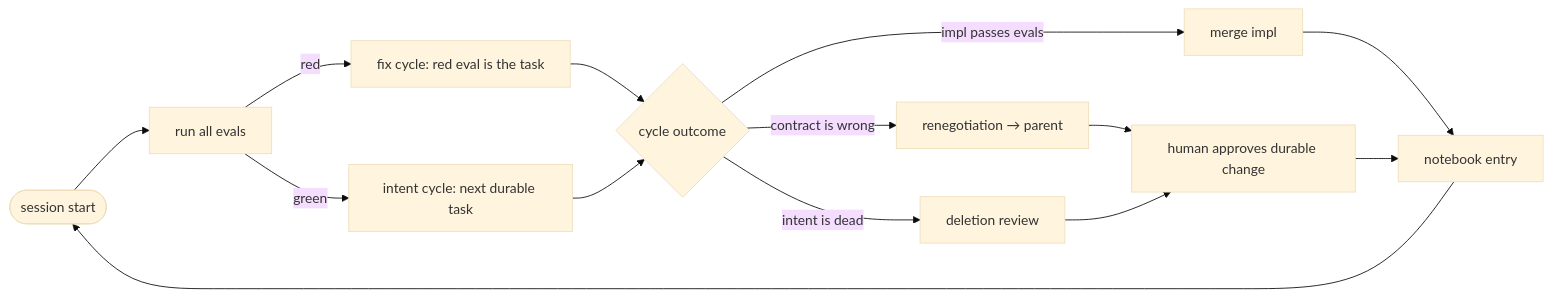
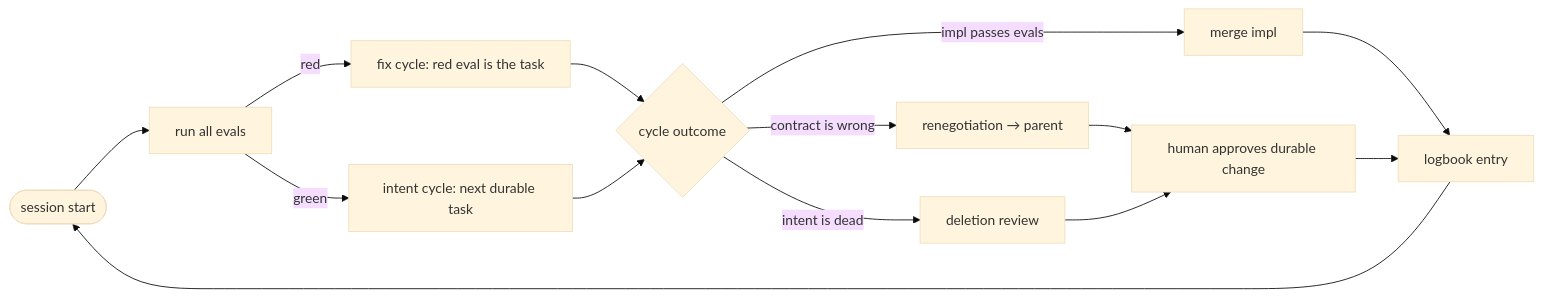
The diagram in docs/rationale.md (celom/hal), drawn with Mermaid (base theme) before and after one commit. The commit also changed other lines of this file and 7 other files, not shown here.

Commit message:
Rename notebook to logbook throughout docs

````diff
--- a/docs/rationale.md
+++ b/docs/rationale.md
@@ -40,16 +40,16 @@
 ```mermaid
 flowchart LR
     S([session start]) --> E[run all evals]
     E -->|red| F[fix cycle: red eval is the task]
     E -->|green| I[intent cycle: next durable task]
     F --> O{cycle outcome}
     I --> O
     O -->|impl passes evals| M[merge impl]
     O -->|contract is wrong| R[renegotiation → parent]
     O -->|intent is dead| A[deletion review]
     R --> H[human approves durable change]
     A --> H
-    M --> N[notebook entry]
+    M --> N[logbook entry]
     H --> N
     N --> S
 ```
````
